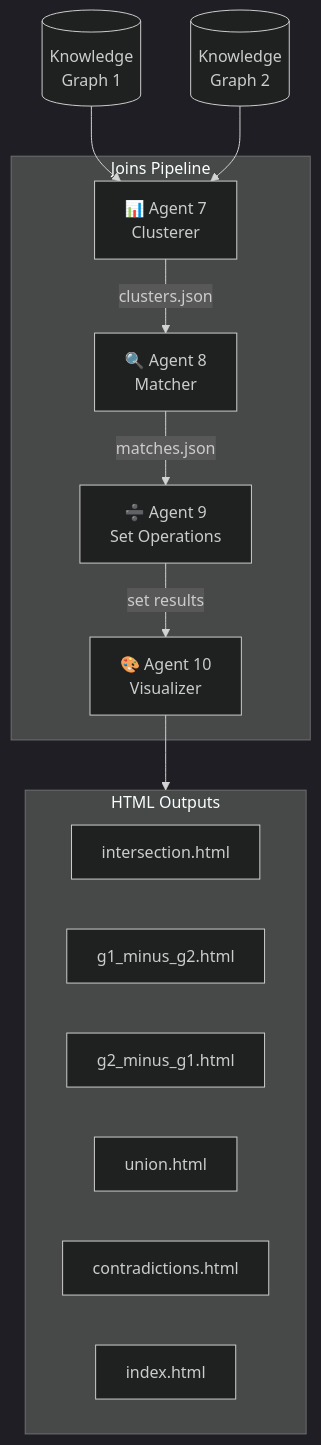
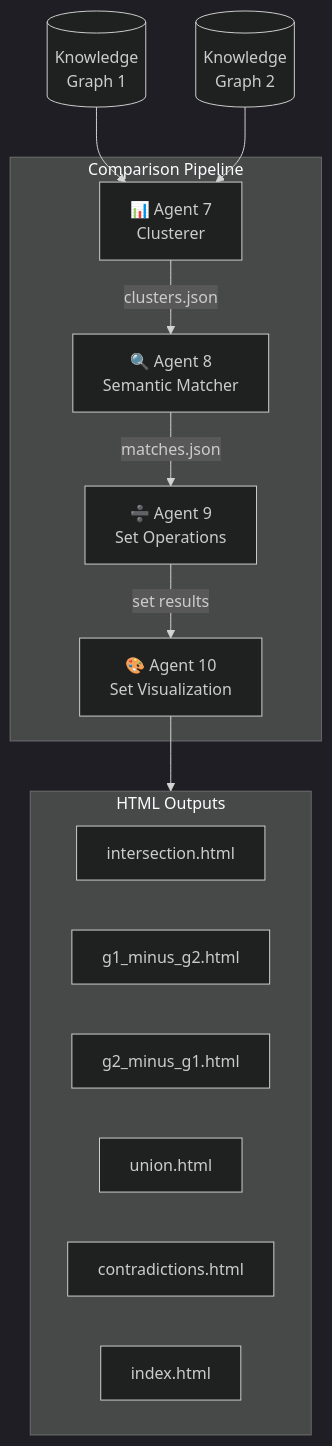
The fourth of 14 diagrams in apps/pipeline/docs/ARCHITECTURE.md (rrahimi-uci/policy-to-knowledge), drawn with Mermaid (dark theme) before and after one commit. The commit also changed other lines of this file and 24 other files, not shown here.

````diff
--- a/apps/pipeline/docs/ARCHITECTURE.md
+++ b/apps/pipeline/docs/ARCHITECTURE.md
@@ -117,29 +133,29 @@
 ```mermaid
 flowchart TB
     KG1[(Knowledge<br/>Graph 1)]
     KG2[(Knowledge<br/>Graph 2)]
     
-    subgraph Joins["Joins Pipeline"]
+    subgraph Compare["Comparison Pipeline"]
         A7[📊 Agent 7<br/>Clusterer]
-        A8[🔍 Agent 8<br/>Matcher]
+        A8[🔍 Agent 8<br/>Semantic Matcher]
         A9[➗ Agent 9<br/>Set Operations]
-        A10[🎨 Agent 10<br/>Visualizer]
+        A10[🎨 Agent 10<br/>Set Visualization]
     end
 
     KG1 --> A7
     KG2 --> A7
     A7 -->|clusters.json| A8
     A8 -->|matches.json| A9
     A9 -->|set results| A10
 
     subgraph Outputs["HTML Outputs"]
         INT[intersection.html]
         G1G2[g1_minus_g2.html]
         G2G1[g2_minus_g1.html]
         UNION[union.html]
         CONTRA[contradictions.html]
         INDEX[index.html]
     end
 
     A10 --> Outputs
 ```
````
